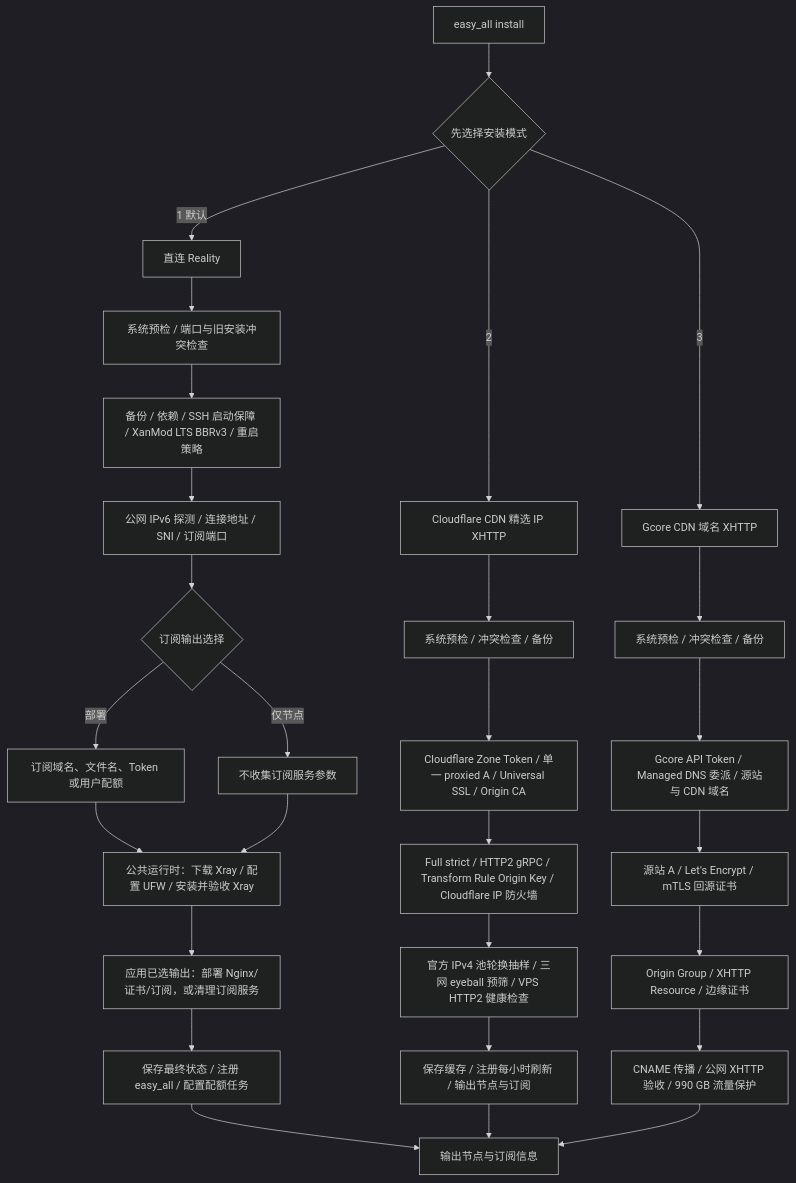
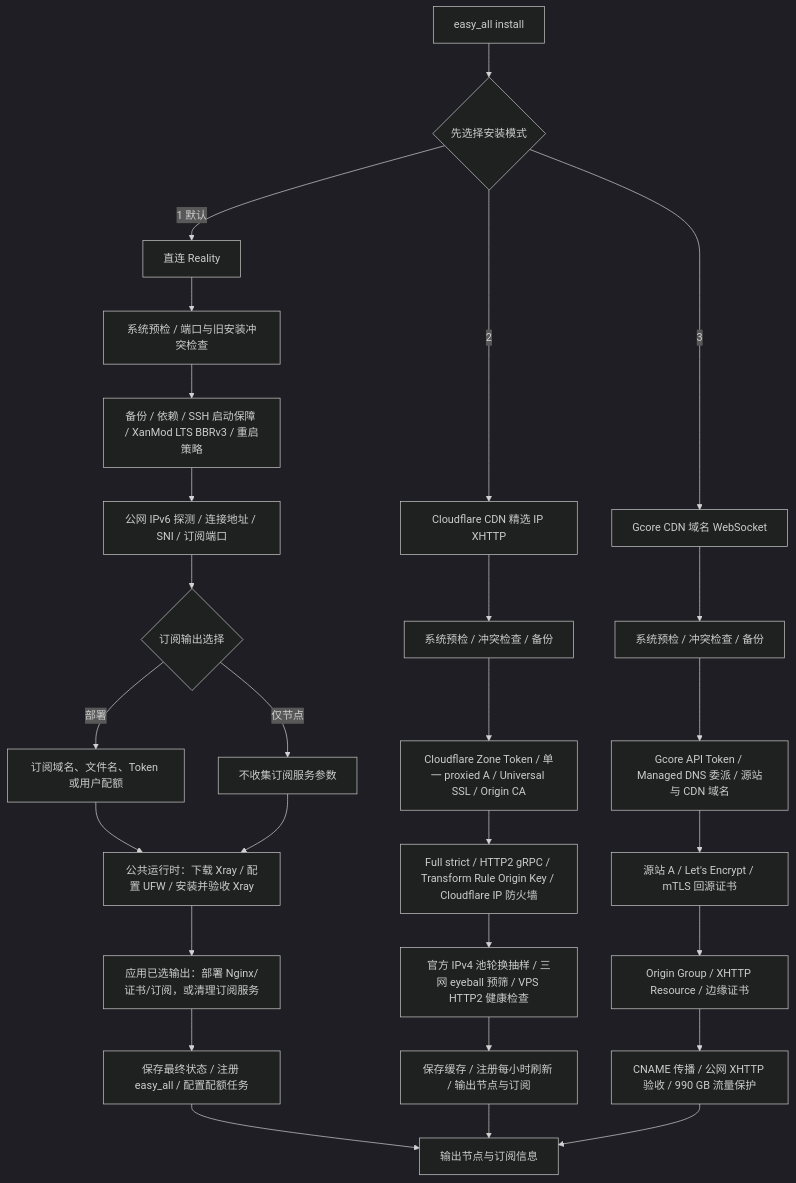
Before and after one commit to v2yiz/easy_all: the diagram in README.md, drawn with Mermaid (dark theme). The commit also changed other lines of this file and 7 other files, not shown here.

````diff
--- a/README.md
+++ b/README.md
@@ -214,34 +214,34 @@
 ```mermaid
 flowchart TD
     A[easy_all install] --> B{先选择安装模式}
 
     B -->|1 默认| R0[直连 Reality]
     R0 --> R1[系统预检 / 端口与旧安装冲突检查]
     R1 --> R2[备份 / 依赖 / SSH 启动保障 / XanMod LTS BBRv3 / 重启策略]
     R2 --> R3[公网 IPv6 探测 / 连接地址 / SNI / 订阅端口]
     R3 --> R4{订阅输出选择}
     R4 -->|部署| R5[订阅域名、文件名、Token 或用户配额]
     R4 -->|仅节点| R6[不收集订阅服务参数]
     R5 --> R7[公共运行时：下载 Xray / 配置 UFW / 安装并验收 Xray]
     R6 --> R7
     R7 --> R8[应用已选输出：部署 Nginx/证书/订阅，或清理订阅服务]
     R8 --> R9[保存最终状态 / 注册 easy_all / 配置配额任务]
     R9 --> Z[输出节点与订阅信息]
 
     B -->|2| C0[Cloudflare CDN 精选 IP XHTTP]
     C0 --> C1[系统预检 / 冲突检查 / 备份]
     C1 --> C2[Cloudflare Zone Token / 单一 proxied A / Universal SSL / Origin CA]
     C2 --> C3[Full strict / HTTP2 gRPC / Transform Rule Origin Key / Cloudflare IP 防火墙]
     C3 --> C4[官方 IPv4 池轮换抽样 / 三网 eyeball 预筛 / VPS HTTP2 健康检查]
     C4 --> C5[保存缓存 / 注册每小时刷新 / 输出节点与订阅]
     C5 --> Z
 
-    B -->|3| G0[Gcore CDN 域名 XHTTP]
+    B -->|3| G0[Gcore CDN 域名 WebSocket]
     G0 --> G1[系统预检 / 冲突检查 / 备份]
     G1 --> G2[Gcore API Token / Managed DNS 委派 / 源站与 CDN 域名]
     G2 --> G3[源站 A / Let's Encrypt / mTLS 回源证书]
     G3 --> G4[Origin Group / XHTTP Resource / 边缘证书]
     G4 --> G5[CNAME 传播 / 公网 XHTTP 验收 / 990 GB 流量保护]
     G5 --> Z
 
 ```
````
